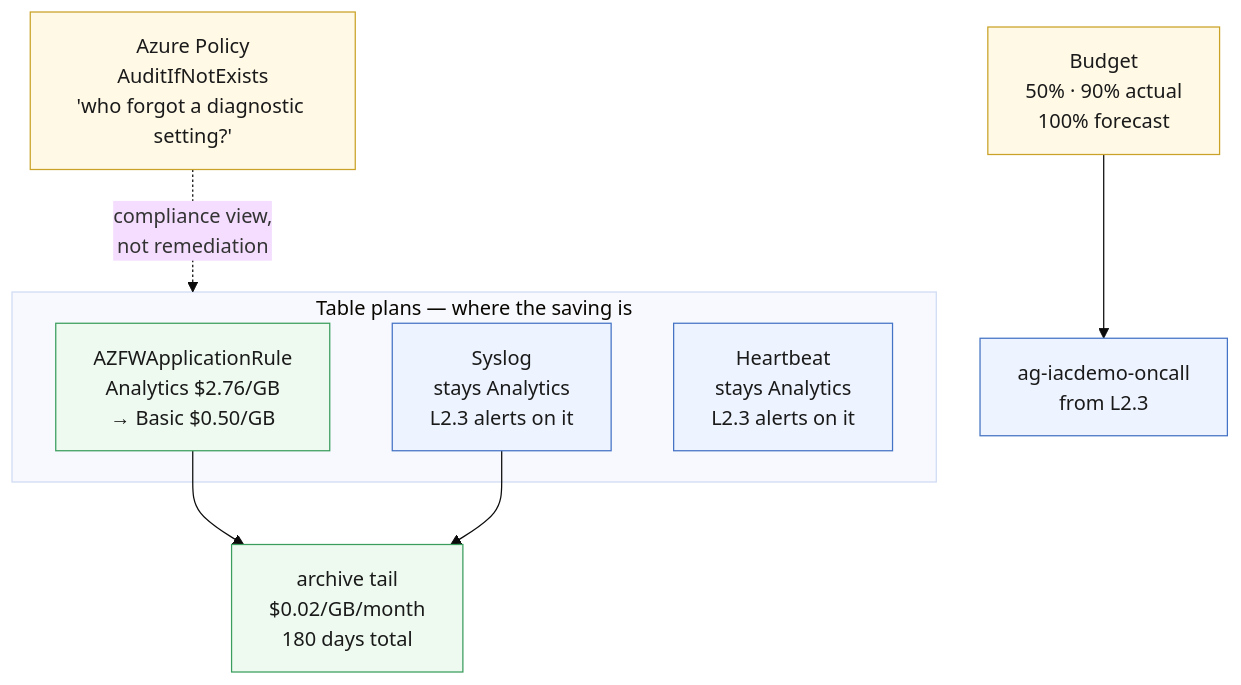
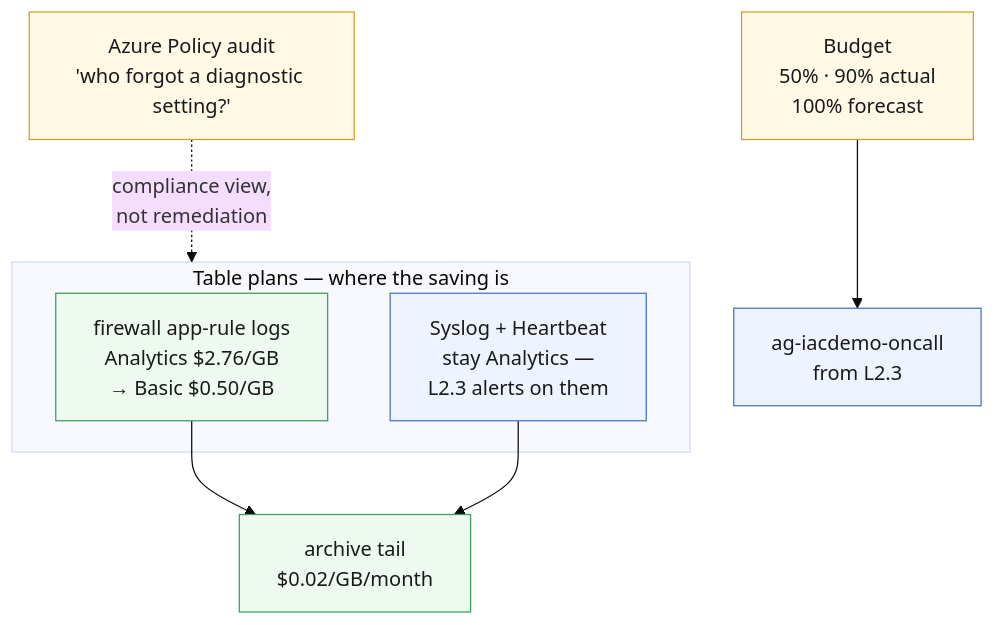
One commit to saulpatinojr/Demo-IaC_Demo_with_VSCode changed the diagram in docs/wiki/Curriculum-L2-4-Monitoring-Strategy.md. Above: the diagram before and after it, drawn with Mermaid (base theme). The commit also changed other lines of this file and 8 other files, not shown here.

````diff
--- a/docs/wiki/Curriculum-L2-4-Monitoring-Strategy.md
+++ b/docs/wiki/Curriculum-L2-4-Monitoring-Strategy.md
@@ -26,25 +41,24 @@
 ```mermaid
 flowchart TB
   subgraph TABLES["Table plans — where the saving is"]
-    T1["AZFWApplicationRule<br/>Analytics $2.76/GB<br/>→ Basic $0.50/GB"]
-    T2["Syslog<br/>stays Analytics<br/>L2.3 alerts on it"]
-    T3["Heartbeat<br/>stays Analytics<br/>L2.3 alerts on it"]
+    T1["firewall app-rule logs<br/>Analytics $2.76/GB<br/>→ Basic $0.50/GB"]
+    T2["Syslog + Heartbeat<br/>stay Analytics —<br/>L2.3 alerts on them"]
   end
 
-  POL["Azure Policy<br/>AuditIfNotExists<br/>'who forgot a diagnostic setting?'"]
+  POL["Azure Policy audit<br/>'who forgot a diagnostic setting?'"]
   BUD["Budget<br/>50% · 90% actual<br/>100% forecast"]
   AG["ag-iacdemo-oncall<br/>from L2.3"]
-  ARCH["archive tail<br/>$0.02/GB/month<br/>180 days total"]
+  ARCH["archive tail<br/>$0.02/GB/month"]
 
   T1 --> ARCH
   T2 --> ARCH
   BUD --> AG
   POL -.->|"compliance view,<br/>not remediation"| TABLES
 
   classDef save fill:#eefaf0,stroke:#3a9d5d,color:#1a1a1a
   classDef keep fill:#eef4ff,stroke:#4472c4,color:#1a1a1a
   classDef gov fill:#fff9e6,stroke:#c9a227,color:#1a1a1a
   class T1,ARCH save
-  class T2,T3,AG keep
+  class T2,AG keep
   class POL,BUD gov
 ```
````
